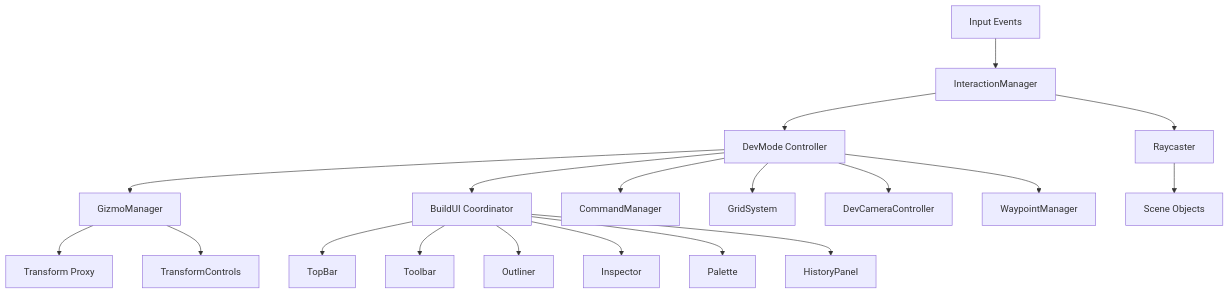
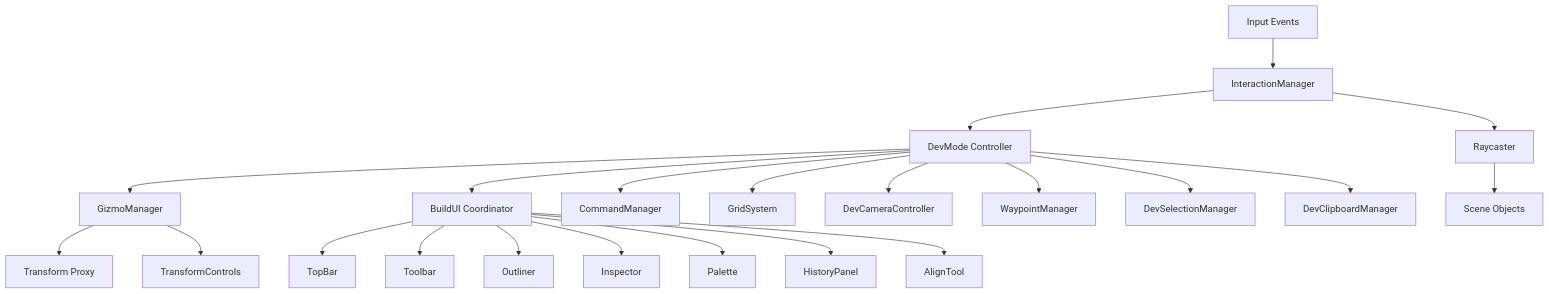
One commit to DanteMarone/Drone-City-Flight changed the diagram in docs/dev_tools.md. Above: the diagram before and after it, drawn with Mermaid. The commit also changed other lines of this file, not shown here.

First line of the commit message:
docs: update developer tools architecture documentation

````diff
--- a/docs/dev_tools.md
+++ b/docs/dev_tools.md
@@ -10,25 +10,28 @@
 ```mermaid
 graph TD
     Input[Input Events] --> Interaction[InteractionManager]
     Interaction --> DevMode[DevMode Controller]
 
     DevMode --> Gizmo[GizmoManager]
     DevMode --> BuildUI[BuildUI Coordinator]
     DevMode --> History[CommandManager]
     DevMode --> Grid[GridSystem]
     DevMode --> Cam[DevCameraController]
     DevMode --> Waypoint[WaypointManager]
+    DevMode --> Selection[DevSelectionManager]
+    DevMode --> Clipboard[DevClipboardManager]
 
     BuildUI --> TopBar
     BuildUI --> Toolbar
     BuildUI --> Outliner
     BuildUI --> Inspector
     BuildUI --> Palette
     BuildUI --> HistoryPanel
+    BuildUI --> Align[AlignTool]
 
     Gizmo --> Proxy[Transform Proxy]
     Gizmo --> Controls[TransformControls]
 
     Interaction --> Raycast[Raycaster]
     Raycast --> Scene[Scene Objects]
 ```
````
